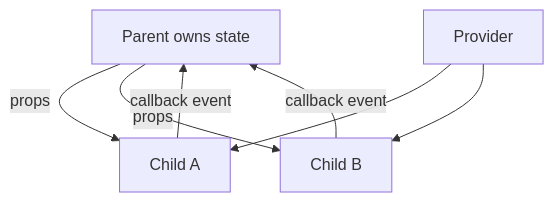
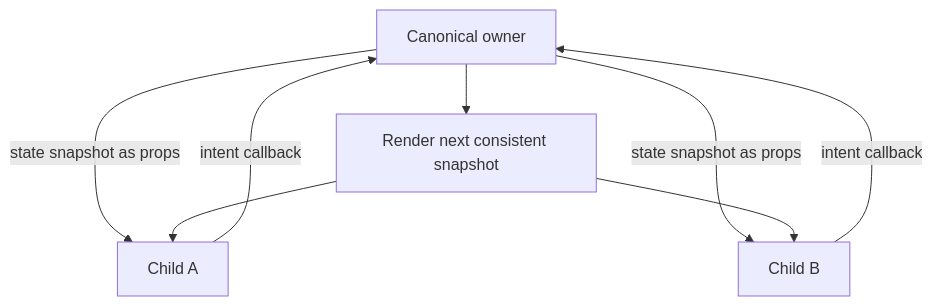
Diagram 35 of 59 in frontend.md (AbhishekDhone7/javascript-git-basics), drawn with Mermaid before and after one commit. The commit also changed other lines of this file, not shown here.

````diff
--- a/frontend.md
+++ b/frontend.md
@@ -2676,9 +2688,10 @@
 ```mermaid
 flowchart TB
- P[Parent owns state] -->|props| A[Child A]
- P -->|props| B[Child B]
- A -->|callback event| P
- B -->|callback event| P
- X[Provider] --> A
- X --> B
+	O[Canonical owner] -->|state snapshot as props| A[Child A]
+	O -->|state snapshot as props| B[Child B]
+	A -->|intent callback| O
+	B -->|intent callback| O
+	O --> R[Render next consistent snapshot]
+	R --> A
+	R --> B
 ```
````
